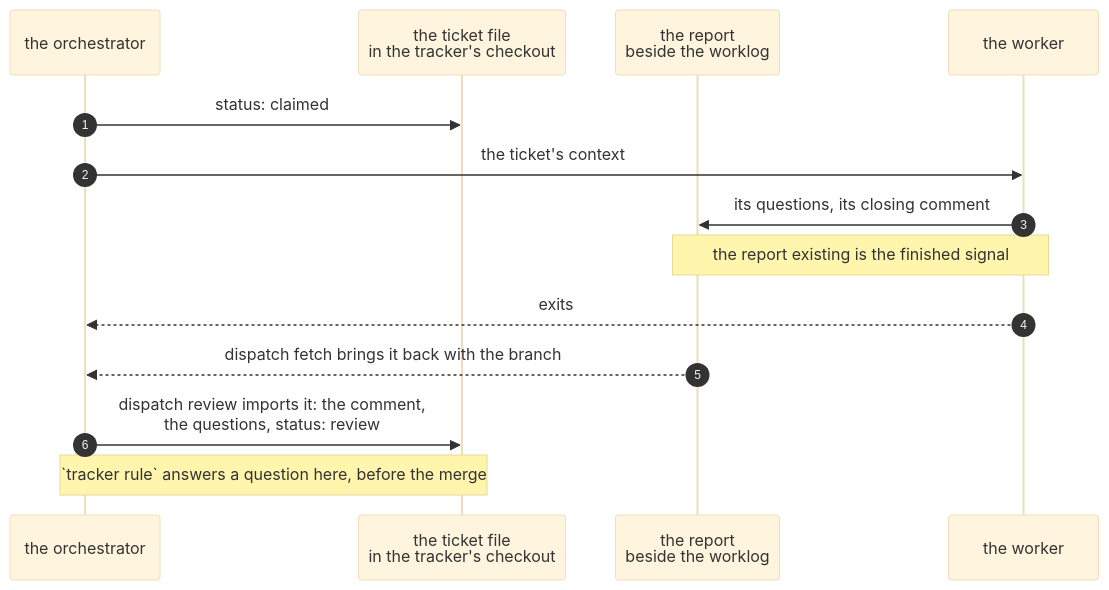
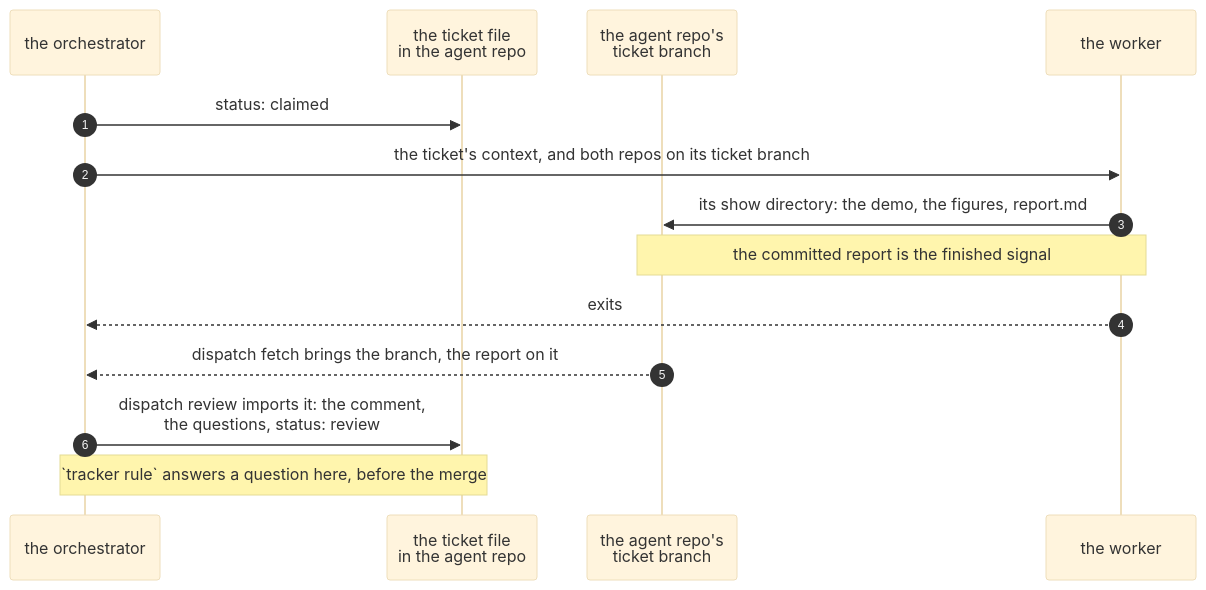
One commit to MaxWolf-01/agents changed the diagram in agent/show/workers-report-orchestrator-writes-tickets/after.mmd. Above: the diagram before and after it, drawn with Mermaid (base theme). The commit also changed 4 other files, not shown here.

First line of the commit message:
show: the two repos a project is, driven end to end

```diff
--- a/agent/show/workers-report-orchestrator-writes-tickets/after.mmd
+++ b/agent/show/workers-report-orchestrator-writes-tickets/after.mmd
@@ -1,14 +1,14 @@
 sequenceDiagram
     autonumber
     participant O as the orchestrator
-    participant T as the ticket file<br/>in the tracker's checkout
-    participant R as the report<br/>beside the worklog
+    participant T as the ticket file<br/>in the agent repo
+    participant A as the agent repo's<br/>ticket branch
     participant W as the worker
     O->>T: status: claimed
-    O->>W: the ticket's context
-    W->>R: its questions, its closing comment
-    Note over R,W: the report existing is the finished signal
+    O->>W: the ticket's context, and both repos on its ticket branch
+    W->>A: its show directory: the demo, the figures, report.md
+    Note over A,W: the committed report is the finished signal
     W-->>O: exits
-    R-->>O: dispatch fetch brings it back with the branch
+    A-->>O: dispatch fetch brings the branch, the report on it
     O->>T: dispatch review imports it: the comment,<br/>the questions, status: review
     Note over O,T: `tracker rule` answers a question here, before the merge
```
